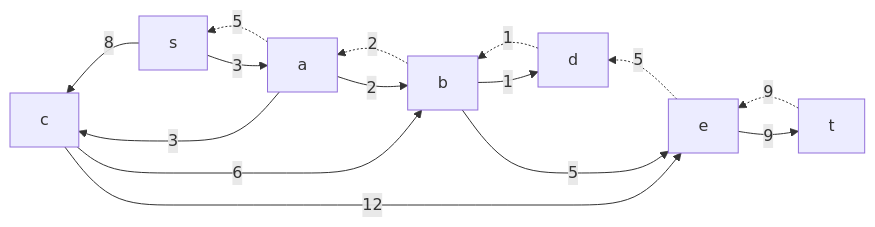
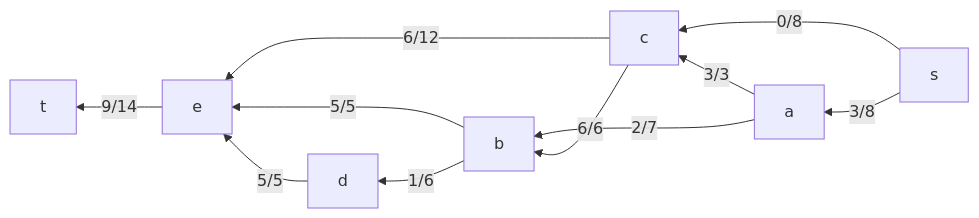
One commit to hse-algo-24-raven/manual-tasks-raven changed the third of 5 diagrams in task-10/minions.md. Above: the diagram before and after it, drawn with Mermaid. The commit also changed other lines of this file, not shown here.

````diff
--- a/task-10/minions.md
+++ b/task-10/minions.md
@@ -64,17 +62,13 @@
  ```mermaid
- graph RL
-    t-.->|9|e
-    e-.->|5|d
-    d-.->|1|b
-    b-.->|2|a
-    a-.->|5|s
-    s-->|3|a
-    a-->|2|b
-    b-->|1|d
-    s-->|8|c
-    a-->|3|c
-    c-->|6|b
-    b-->|5|e
-    c-->|12|e
-    e-->|9|t
+graph RL
+    s-->|3/8|a
+    s-->|0/8|c
+    a-->|2/7|b
+    a-->|3/3|c
+    c-->|6/12|e
+    c-->|6/6|b
+    b-->|1/6|d
+    b-->|5/5|e
+    d-->|5/5|e
+    e-->|9/14|t
  ```
````
